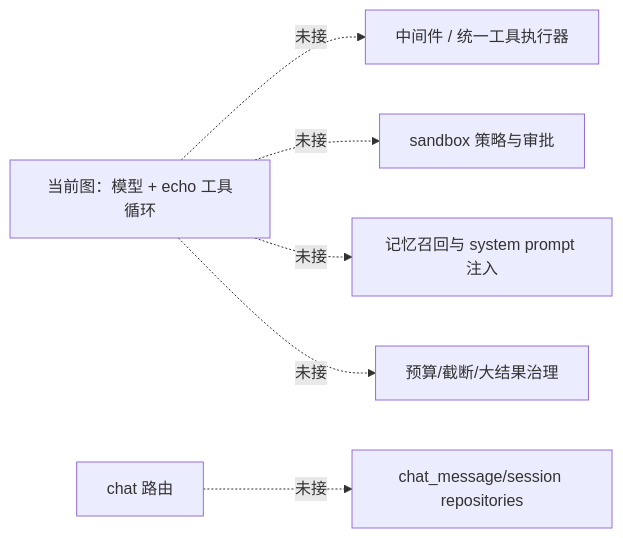
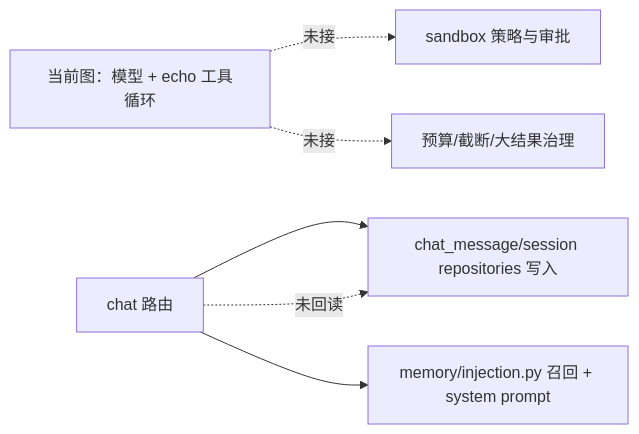
The second of 2 diagrams in backend/packages/harness/myagentflow/代码结构导览.md (G0-000/my-agent-flow), drawn with Mermaid before and after one commit. The commit also changed other lines of this file and 10 other files, not shown here.

````diff
--- a/backend/packages/harness/myagentflow/代码结构导览.md
+++ b/backend/packages/harness/myagentflow/代码结构导览.md
@@ -53,8 +55,8 @@
 ```mermaid
 flowchart LR
-  G[当前图：模型 + echo 工具循环] -. 未接 .-> MW[中间件 / 统一工具执行器]
-  G -. 未接 .-> AP[sandbox 策略与审批]
-  GW[chat 路由] -. 未接 .-> MSG[chat_message/session repositories]
-  G -. 未接 .-> MEM[记忆召回与 system prompt 注入]
+  G[当前图：模型 + echo 工具循环] -. 未接 .-> AP[sandbox 策略与审批]
+  GW[chat 路由] --> MSG[chat_message/session repositories 写入]
+  GW -. 未回读 .-> MSG
+  GW --> MEM[memory/injection.py 召回 + system prompt]
   G -. 未接 .-> CTX[预算/截断/大结果治理]
 ```
````
